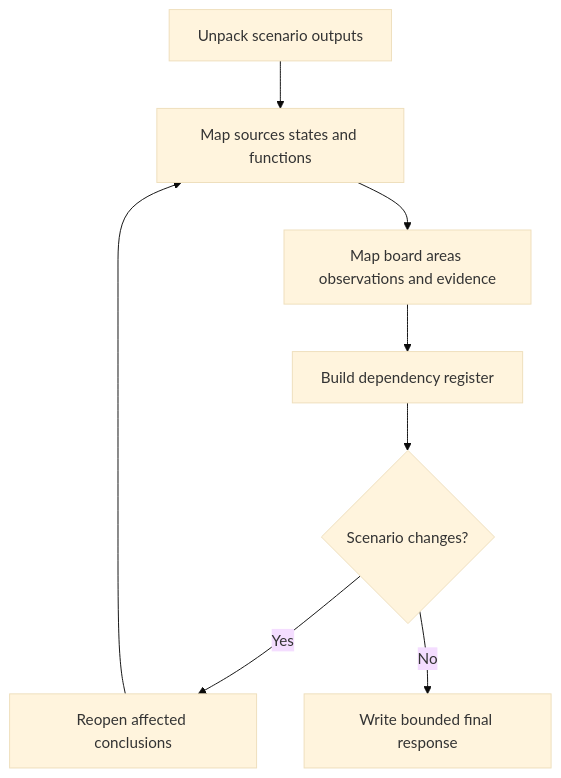
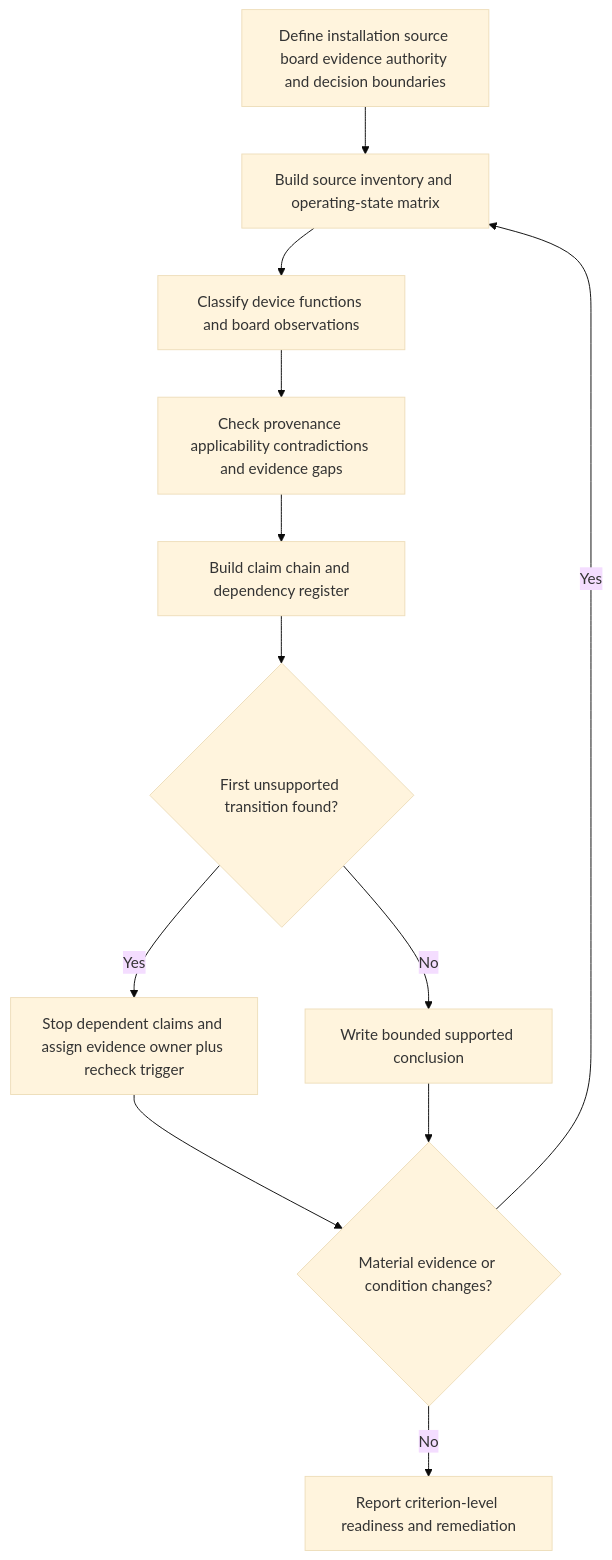
The first of 2 diagrams in docs/learning-plans/12-week/modules/day-42-week-6-integrated-switching-and-switchboard-checkpoint.md (andrew3stedall/capstone), drawn with Mermaid (base theme) before and after one commit. The commit also changed other lines of this file and 3 other files, not shown here.

````diff
--- a/docs/learning-plans/12-week/modules/day-42-week-6-integrated-switching-and-switchboard-checkpoint.md
+++ b/docs/learning-plans/12-week/modules/day-42-week-6-integrated-switching-and-switchboard-checkpoint.md
@@ -61,10 +97,14 @@
 ```mermaid
 flowchart TD
- A[Unpack scenario outputs] --> B[Map sources states and functions]
- B --> C[Map board areas observations and evidence]
- C --> D[Build dependency register]
- D --> E{Scenario changes?}
- E -->|Yes| F[Reopen affected conclusions]
- F --> B
- E -->|No| G[Write bounded final response]
+    A[Define installation source board evidence authority and decision boundaries] --> B[Build source inventory and operating-state matrix]
+    B --> C[Classify device functions and board observations]
+    C --> D[Check provenance applicability contradictions and evidence gaps]
+    D --> E[Build claim chain and dependency register]
+    E --> F{First unsupported transition found?}
+    F -->|Yes| G[Stop dependent claims and assign evidence owner plus recheck trigger]
+    F -->|No| H[Write bounded supported conclusion]
+    G --> I{Material evidence or condition changes?}
+    H --> I
+    I -->|Yes| B
+    I -->|No| J[Report criterion-level readiness and remediation]
 ```
````
